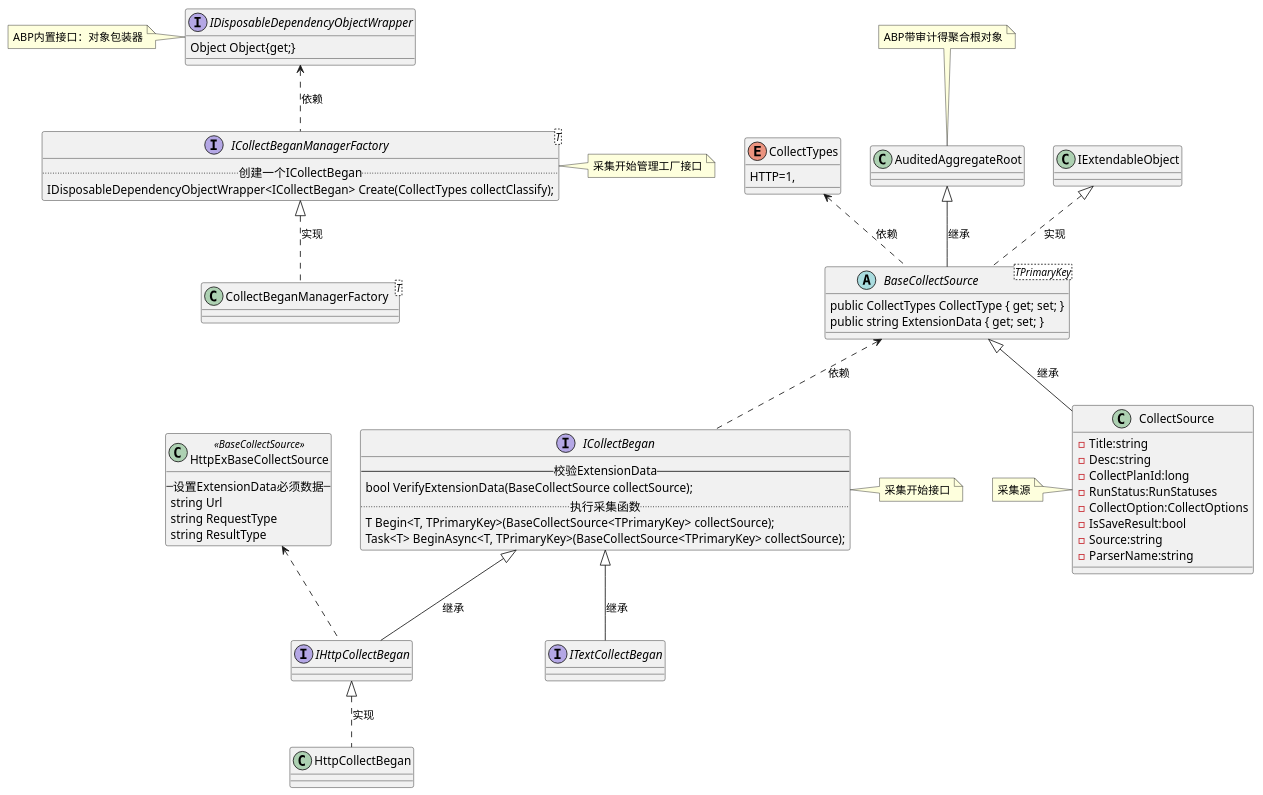
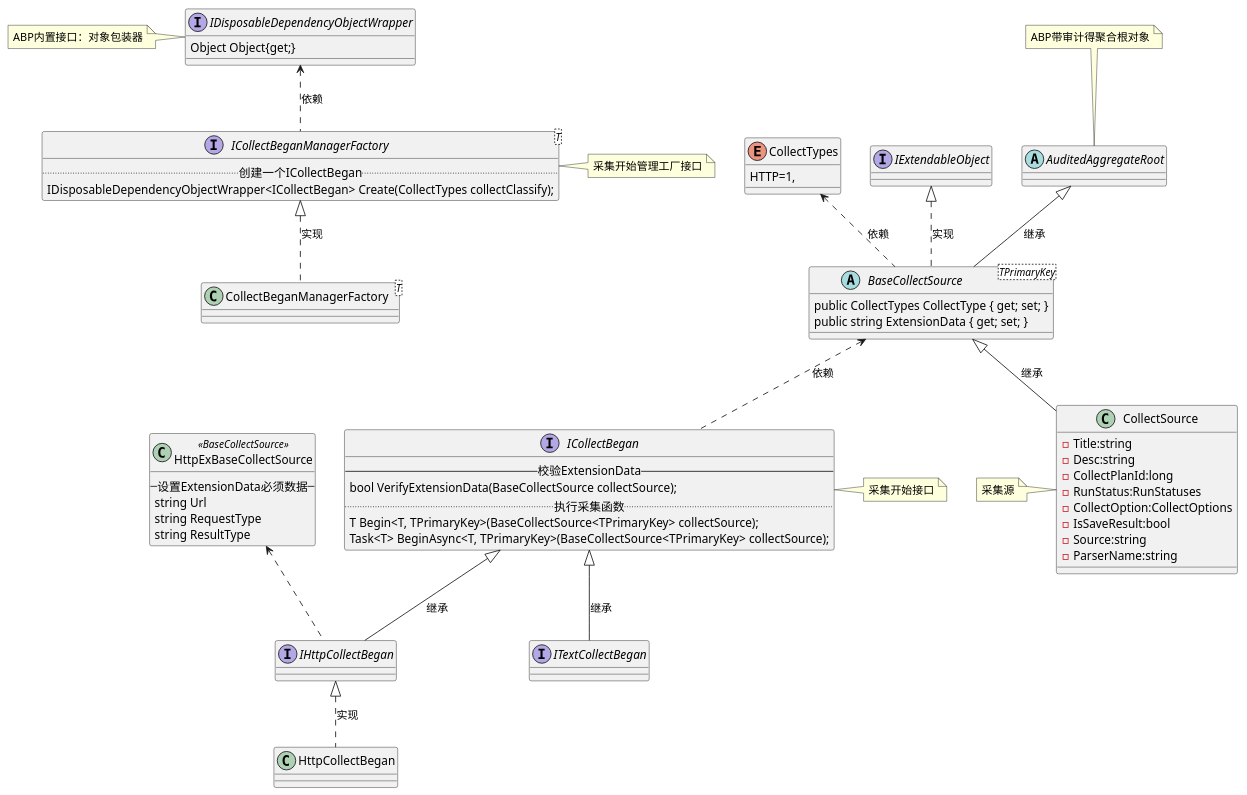
The diagram in _drafts/CQSSC/Collect设计.md (mainxx/mainxx.github.io), drawn with PlantUML before and after one commit. The commit also changed 3 other files, not shown here.

```diff
--- a/_drafts/CQSSC/Collect设计.md
+++ b/_drafts/CQSSC/Collect设计.md
@@ -37,6 +37,8 @@
     public CollectTypes CollectType { get; set; }
     public string ExtensionData { get; set; }
 }
+interface IExtendableObject
+abstract class AuditedAggregateRoot
 CollectTypes <.. BaseCollectSource : 依赖
 AuditedAggregateRoot <|-- BaseCollectSource : 继承
 IExtendableObject <|.. BaseCollectSource : 实现
```
